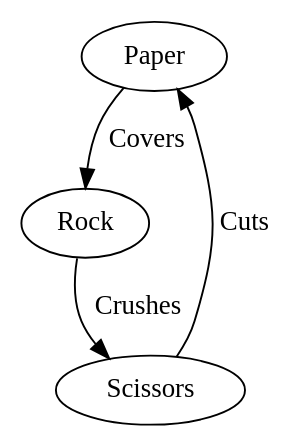
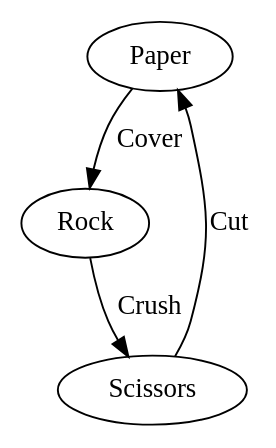
One commit to alx741/graphite changed the diagram in doc/graphs/prs.dot. Above: the diagram before and after it, drawn with Graphviz. The commit also changed 2 other files, not shown here.

Commit message:
Docs: Elaborate on complex graphs

```diff
--- a/doc/graphs/prs.dot
+++ b/doc/graphs/prs.dot
@@ -1,6 +1,6 @@
 digraph
 {
-    "Paper" -> "Rock" [label = "Covers"];
-    "Rock" -> "Scissors" [label = "Crushes"];
-    "Scissors" -> "Paper" [label = "Cuts"];
+    "Paper" -> "Rock" [label = "Cover"];
+    "Rock" -> "Scissors" [label = "Crush"];
+    "Scissors" -> "Paper" [label = "Cut"];
 }
```
